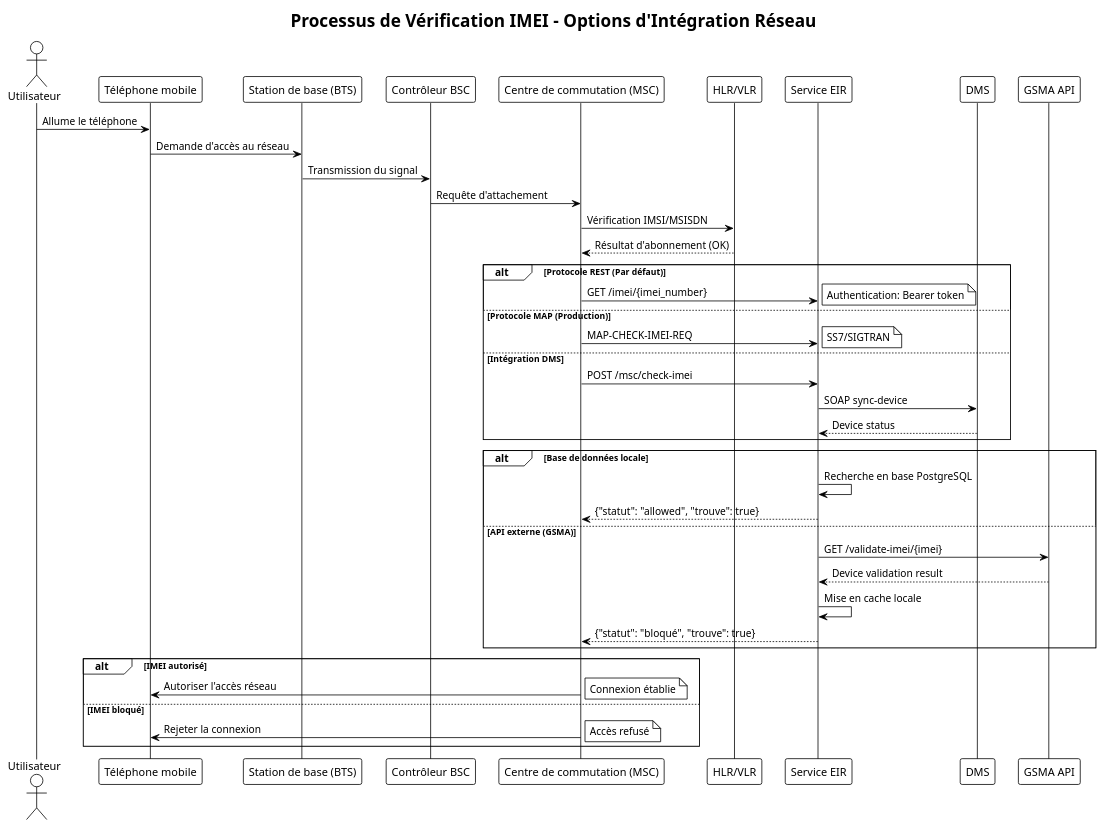
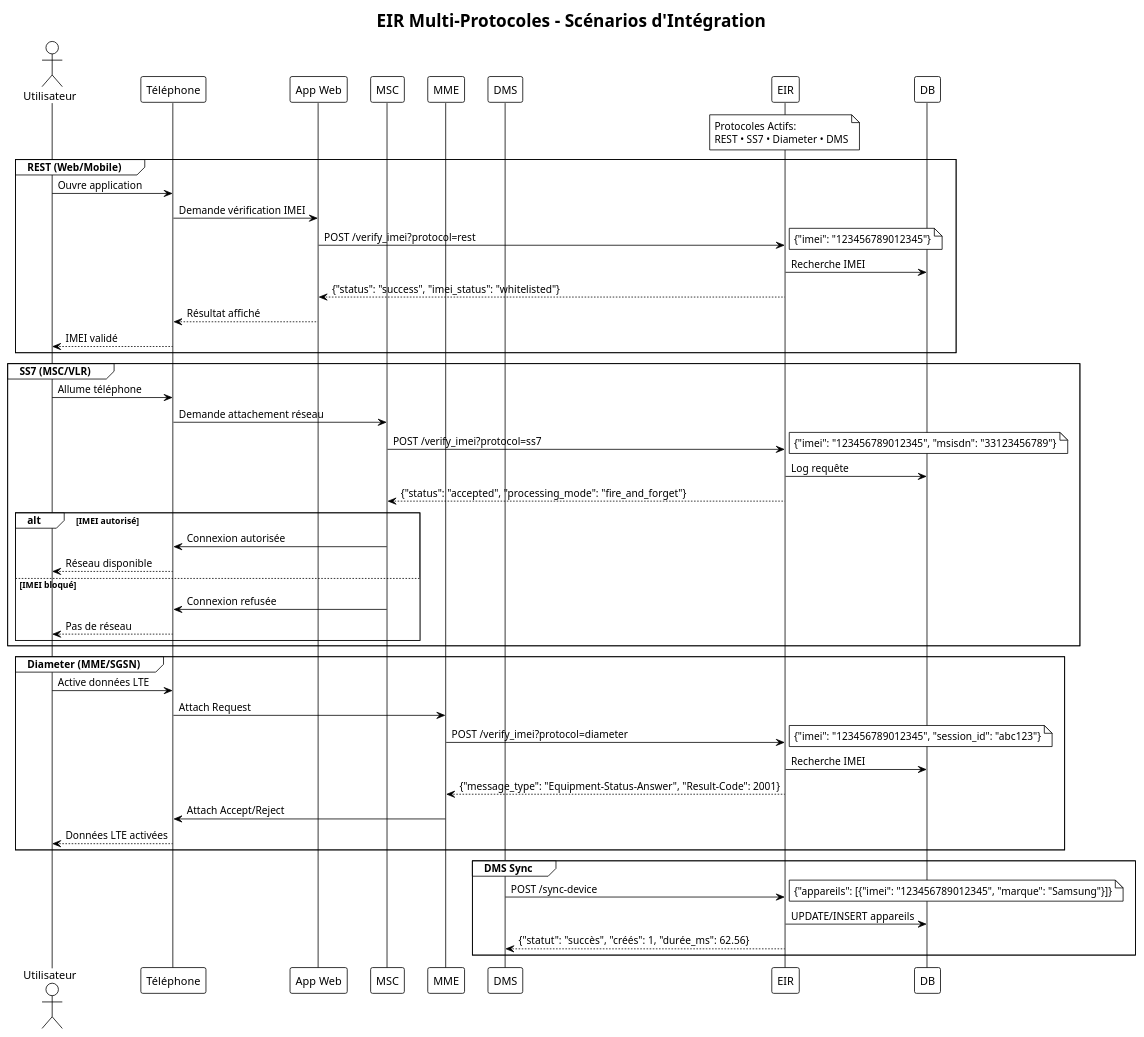
One commit to Mohamedsalem00/eir-project changed the diagram in docs/MSC_Extended.puml. Above: the diagram before and after it, drawn with PlantUML. The commit also changed 136 other files, not shown here.

```diff
--- a/docs/MSC_Extended.puml
+++ b/docs/MSC_Extended.puml
@@ -1,53 +1,66 @@
 @startuml
 !theme plain
-title Processus de Vérification IMEI - Options d'Intégration Réseau
+title EIR Multi-Protocoles - Scénarios d'Intégration
 
 actor "Utilisateur" as U
-participant "Téléphone mobile" as T
-participant "Station de base (BTS)" as BTS
-participant "Contrôleur BSC" as BSC
-participant "Centre de commutation (MSC)" as MSC
-participant "HLR/VLR" as HLR
-participant "Service EIR" as IMEI_Checker
+participant "Téléphone" as T
+participant "App Web" as WEB
+participant "MSC" as MSC
+participant "MME" as MME
 participant "DMS" as DMS
-participant "GSMA API" as GSMA
+participant "EIR" as EIR
+participant "DB" as DB
 
-U -> T : Allume le téléphone
-T -> BTS : Demande d'accès au réseau
-BTS -> BSC : Transmission du signal
-BSC -> MSC : Requête d'attachement
+note over EIR : Protocoles Actifs:\nREST • SS7 • Diameter • DMS
 
-MSC -> HLR : Vérification IMSI/MSISDN
-HLR --> MSC : Résultat d'abonnement (OK)
-
-alt Protocole REST (Par défaut)
-    MSC -> IMEI_Checker : GET /imei/{imei_number}
-    note right : Authentication: Bearer token
-else Protocole MAP (Production)
-    MSC -> IMEI_Checker : MAP-CHECK-IMEI-REQ
-    note right : SS7/SIGTRAN
-else Intégration DMS
-    MSC -> IMEI_Checker : POST /msc/check-imei
-    IMEI_Checker -> DMS : SOAP sync-device
-    DMS --> IMEI_Checker : Device status
+group REST (Web/Mobile)
+    U -> T : Ouvre application
+    T -> WEB : Demande vérification IMEI
+    WEB -> EIR : POST /verify_imei?protocol=rest
+    note right : {"imei": "123456789012345"}
+    
+    EIR -> DB : Recherche IMEI
+    EIR --> WEB : {"status": "success", "imei_status": "whitelisted"}
+    WEB --> T : Résultat affiché
+    T --> U : IMEI validé
 end
 
-alt Base de données locale
-    IMEI_Checker -> IMEI_Checker : Recherche en base PostgreSQL
-    IMEI_Checker --> MSC : {"statut": "allowed", "trouve": true}
-else API externe (GSMA)
-    IMEI_Checker -> GSMA : GET /validate-imei/{imei}
-    GSMA --> IMEI_Checker : Device validation result
-    IMEI_Checker -> IMEI_Checker : Mise en cache locale
-    IMEI_Checker --> MSC : {"statut": "bloqué", "trouve": true}
+group SS7 (MSC/VLR)
+    U -> T : Allume téléphone
+    T -> MSC : Demande attachement réseau
+    MSC -> EIR : POST /verify_imei?protocol=ss7
+    note right : {"imei": "123456789012345", "msisdn": "33123456789"}
+    
+    EIR -> DB : Log requête
+    EIR --> MSC : {"status": "accepted", "processing_mode": "fire_and_forget"}
+    
+    alt IMEI autorisé
+        MSC -> T : Connexion autorisée
+        T --> U : Réseau disponible
+    else IMEI bloqué
+        MSC -> T : Connexion refusée
+        T --> U : Pas de réseau
+    end
 end
 
-alt IMEI autorisé
-    MSC -> T : Autoriser l'accès réseau
-    note right : Connexion établie
-else IMEI bloqué
-    MSC -> T : Rejeter la connexion
-    note right : Accès refusé
+group Diameter (MME/SGSN)
+    U -> T : Active données LTE
+    T -> MME : Attach Request
+    MME -> EIR : POST /verify_imei?protocol=diameter
+    note right : {"imei": "123456789012345", "session_id": "abc123"}
+    
+    EIR -> DB : Recherche IMEI
+    EIR --> MME : {"message_type": "Equipment-Status-Answer", "Result-Code": 2001}
+    MME -> T : Attach Accept/Reject
+    T --> U : Données LTE activées
+end
+
+group DMS Sync
+    DMS -> EIR : POST /sync-device
+    note right : {"appareils": [{"imei": "123456789012345", "marque": "Samsung"}]}
+    
+    EIR -> DB : UPDATE/INSERT appareils
+    EIR --> DMS : {"statut": "succès", "créés": 1, "durée_ms": 62.56}
 end
 
 @enduml
```
